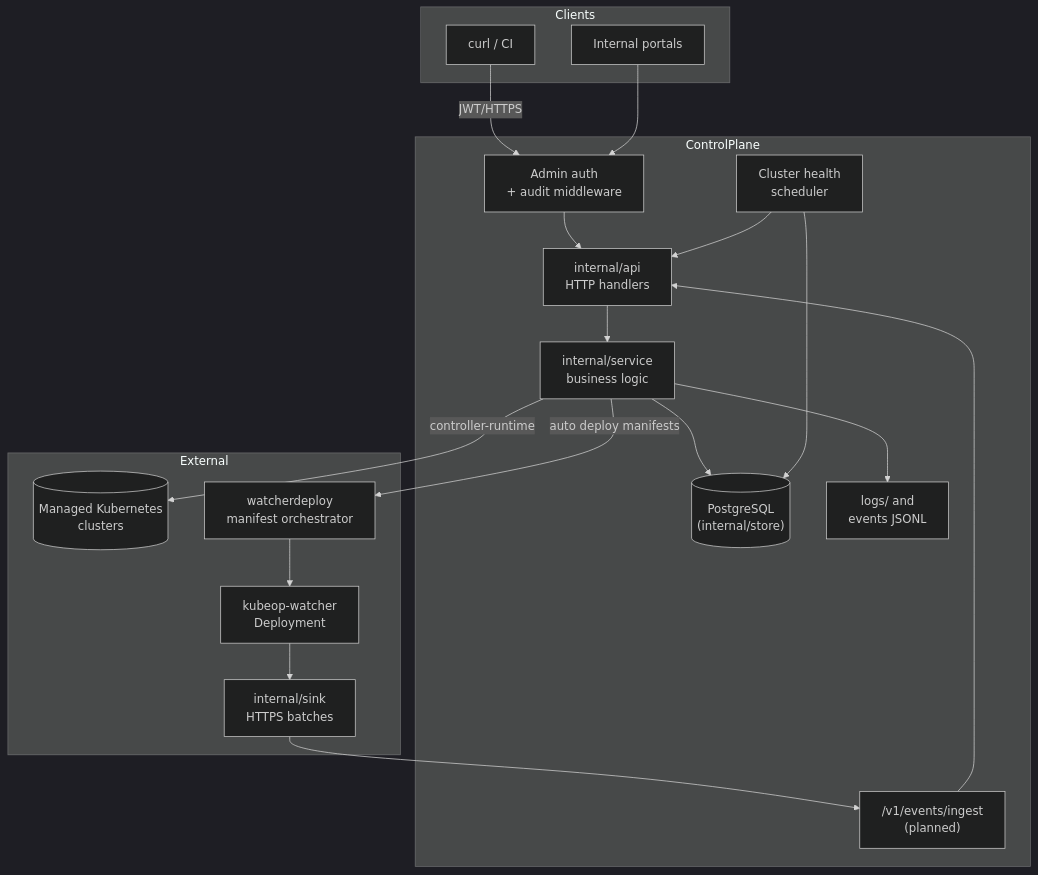
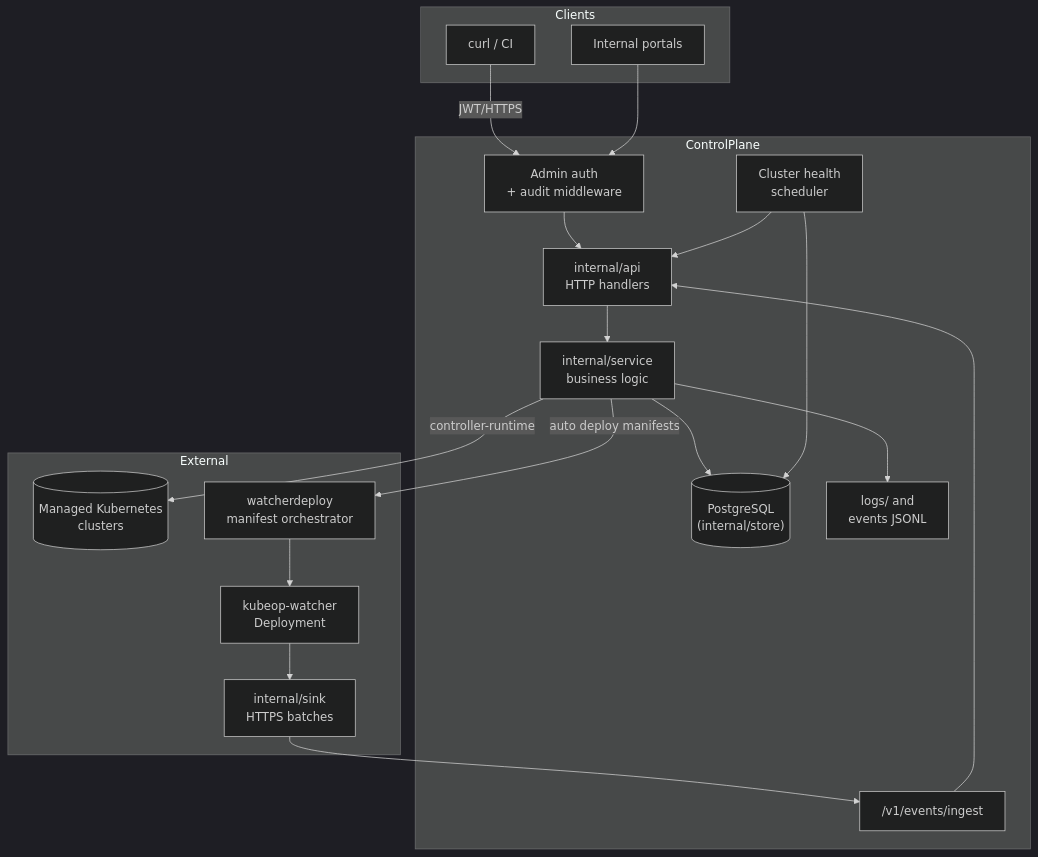
One commit to vaheed/kubeOP changed the first of 4 diagrams in docs/architecture.md. Above: the diagram before and after it, drawn with Mermaid (dark theme). The commit also changed other lines of this file and 15 other files, not shown here.

Commit message:
Add watcher events ingest endpoint

````diff
--- a/docs/architecture.md
+++ b/docs/architecture.md
@@ -18,35 +18,35 @@
 ```mermaid
 flowchart TD
     subgraph Clients
         CLI["curl / CI"]
         Integrations["Internal portals"]
     end
     subgraph ControlPlane
         API["internal/api<br/>HTTP handlers"]
         MW["Admin auth<br/>+ audit middleware"]
         Service["internal/service<br/>business logic"]
         Store[("PostgreSQL<br/>(internal/store)")]
         Scheduler["Cluster health<br/>scheduler"]
         LogFS["logs/<project> and<br/>events JSONL"]
-        EventsIngest["/v1/events/ingest<br/>(planned)"]
+        EventsIngest["/v1/events/ingest"]
     end
     subgraph External
         Clusters[("Managed Kubernetes<br/>clusters")]
         WatcherDeploy["watcherdeploy<br/>manifest orchestrator"]
         WatcherProc["kubeop-watcher<br/>Deployment"]
         Sink["internal/sink<br/>HTTPS batches"]
     end
     CLI -->|JWT/HTTPS| MW --> API
     Integrations --> MW
     API --> Service
     Service --> Store
     Service -->|controller-runtime| Clusters
     Service --> LogFS
     Service -->|auto deploy manifests| WatcherDeploy
     WatcherDeploy --> WatcherProc
     WatcherProc --> Sink
     Sink --> EventsIngest
     EventsIngest --> API
     Scheduler --> Store
     Scheduler --> API
 ```
````
